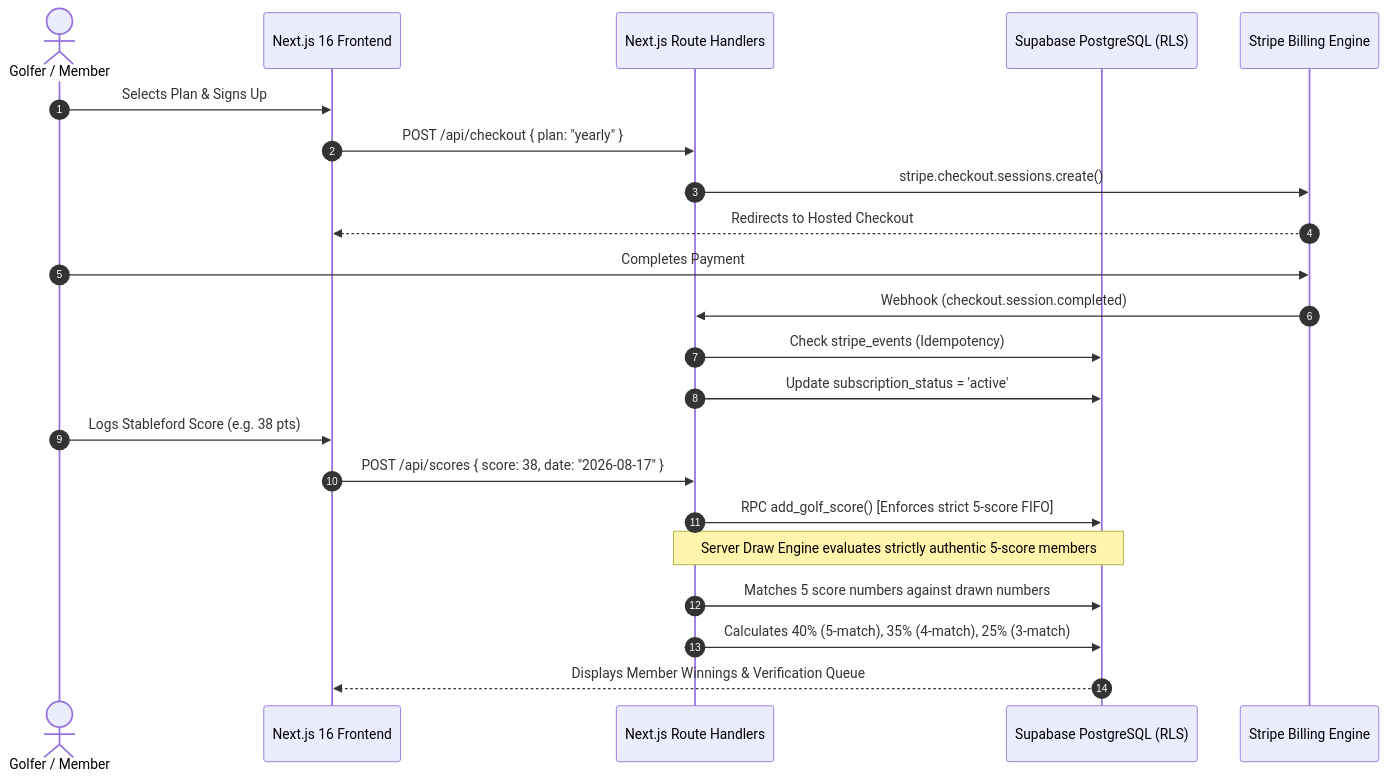
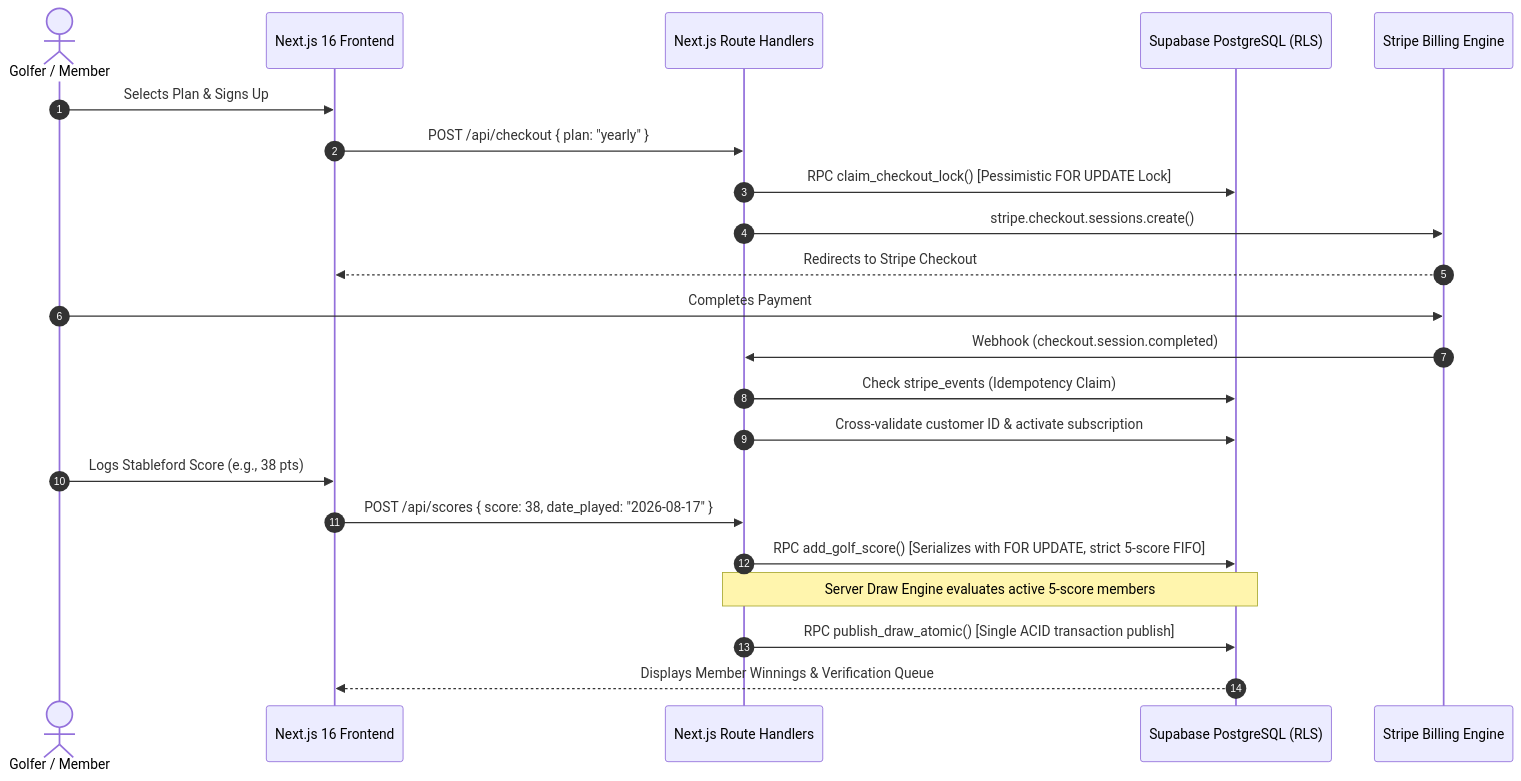
One commit to Sekhar01807/Golf-Platform changed the first of 2 diagrams in README.md. Above: the diagram before and after it, drawn with Mermaid. The commit also changed other lines of this file and 4 other files, not shown here.

````diff
--- a/README.md
+++ b/README.md
@@ -54,25 +62,25 @@
 ```mermaid
 sequenceDiagram
     autonumber
     actor Member as Golfer / Member
     participant UI as Next.js 16 Frontend
     participant API as Next.js Route Handlers
     participant DB as Supabase PostgreSQL (RLS)
     participant Stripe as Stripe Billing Engine
 
     Member->>UI: Selects Plan & Signs Up
     UI->>API: POST /api/checkout { plan: "yearly" }
+    API->>DB: RPC claim_checkout_lock() [Pessimistic FOR UPDATE Lock]
     API->>Stripe: stripe.checkout.sessions.create()
-    Stripe-->>UI: Redirects to Hosted Checkout
+    Stripe-->>UI: Redirects to Stripe Checkout
     Member->>Stripe: Completes Payment
     Stripe->>API: Webhook (checkout.session.completed)
-    API->>DB: Check stripe_events (Idempotency)
-    API->>DB: Update subscription_status = 'active'
-    Member->>UI: Logs Stableford Score (e.g. 38 pts)
-    UI->>API: POST /api/scores { score: 38, date: "2026-08-17" }
-    API->>DB: RPC add_golf_score() [Enforces strict 5-score FIFO]
-    Note over API,DB: Server Draw Engine evaluates strictly authentic 5-score members
-    API->>DB: Matches 5 score numbers against drawn numbers
-    API->>DB: Calculates 40% (5-match), 35% (4-match), 25% (3-match)
+    API->>DB: Check stripe_events (Idempotency Claim)
+    API->>DB: Cross-validate customer ID & activate subscription
+    Member->>UI: Logs Stableford Score (e.g., 38 pts)
+    UI->>API: POST /api/scores { score: 38, date_played: "2026-08-17" }
+    API->>DB: RPC add_golf_score() [Serializes with FOR UPDATE, strict 5-score FIFO]
+    Note over API,DB: Server Draw Engine evaluates active 5-score members
+    API->>DB: RPC publish_draw_atomic() [Single ACID transaction publish]
     DB-->>UI: Displays Member Winnings & Verification Queue
 ```
````
